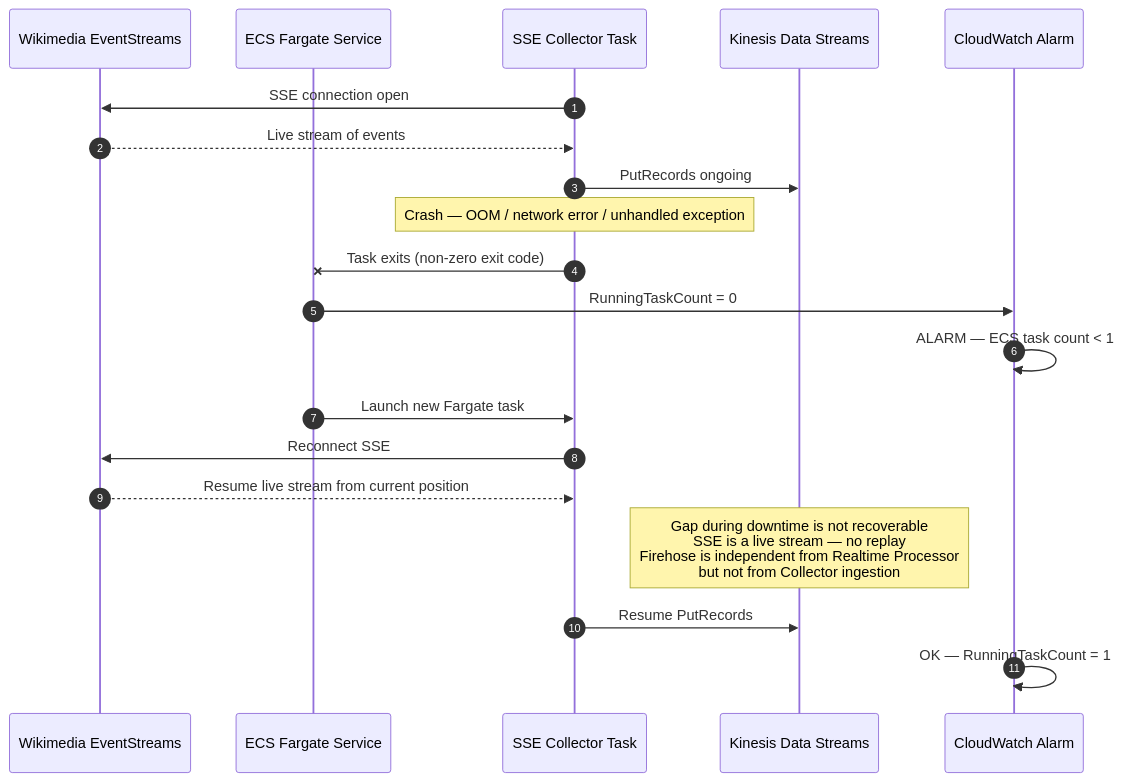
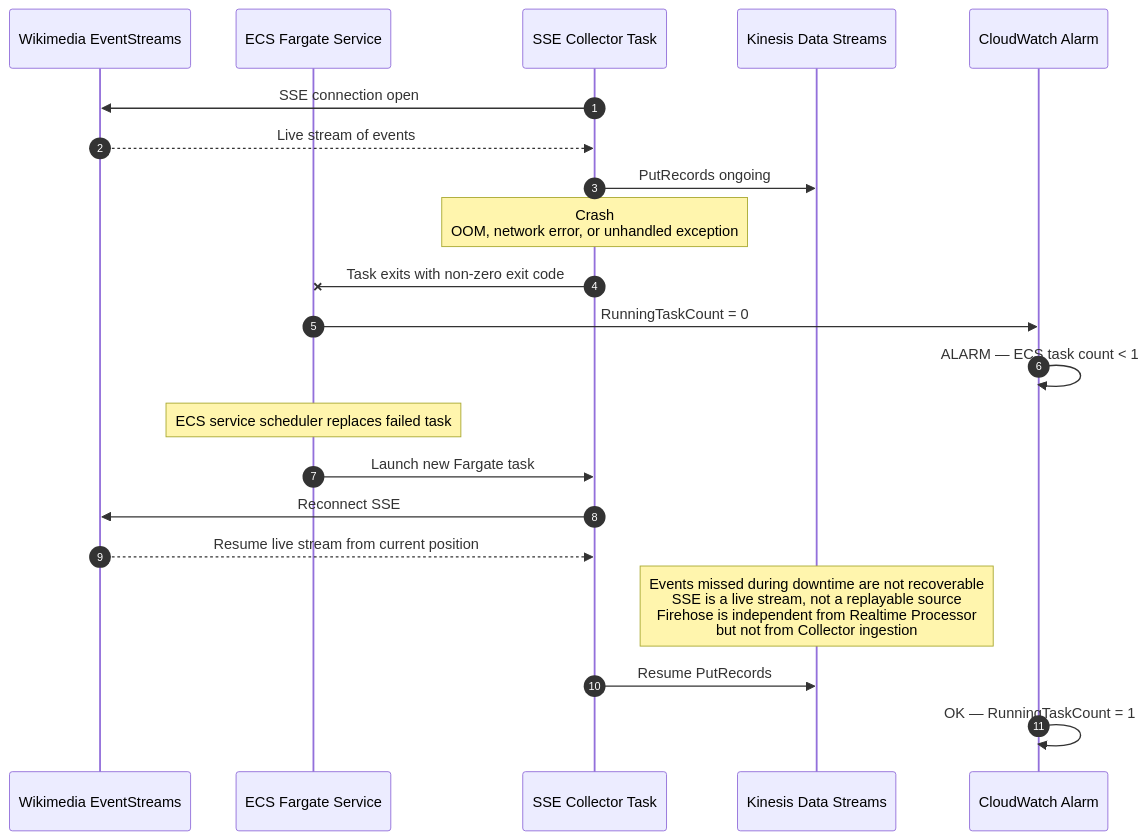
The fifth of 6 diagrams in documentation/sequence-diagrams.md (TalelKarim/realtime-media-analytics-platform), drawn with Mermaid before and after one commit. The commit also changed other lines of this file and 2 other files, not shown here.

````diff
--- a/documentation/sequence-diagrams.md
+++ b/documentation/sequence-diagrams.md
@@ -189,28 +220,30 @@
 ```mermaid
 sequenceDiagram
   autonumber
   participant Wiki as Wikimedia EventStreams
-  participant ECS  as ECS Fargate Service
-  participant Col  as SSE Collector Task
-  participant KDS  as Kinesis Data Streams
-  participant CW   as CloudWatch Alarm
+  participant ECS as ECS Fargate Service
+  participant Col as SSE Collector Task
+  participant KDS as Kinesis Data Streams
+  participant CW as CloudWatch Alarm
 
   Col->>Wiki: SSE connection open
   Wiki-->>Col: Live stream of events
   Col->>KDS: PutRecords ongoing
 
-  Note over Col: Crash — OOM / network error / unhandled exception
+  Note over Col: Crash<br/>OOM, network error, or unhandled exception
 
-  Col-xECS: Task exits (non-zero exit code)
+  Col-xECS: Task exits with non-zero exit code
   ECS->>CW: RunningTaskCount = 0
   CW->>CW: ALARM — ECS task count < 1
+
+  Note over ECS: ECS service scheduler replaces failed task
 
   ECS->>Col: Launch new Fargate task
   Col->>Wiki: Reconnect SSE
   Wiki-->>Col: Resume live stream from current position
 
-  Note over KDS: Gap during downtime is not recoverable<br/>SSE is a live stream — no replay<br/>Firehose is independent from Realtime Processor<br/>but not from Collector ingestion
+  Note over KDS: Events missed during downtime are not recoverable<br/>SSE is a live stream, not a replayable source<br/>Firehose is independent from Realtime Processor<br/>but not from Collector ingestion
 
   Col->>KDS: Resume PutRecords
   CW->>CW: OK — RunningTaskCount = 1
 ```
````
